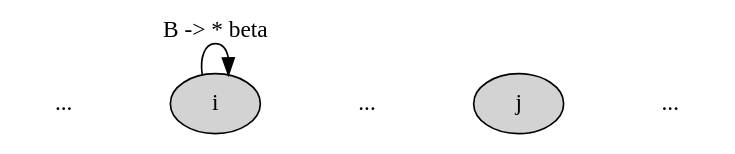
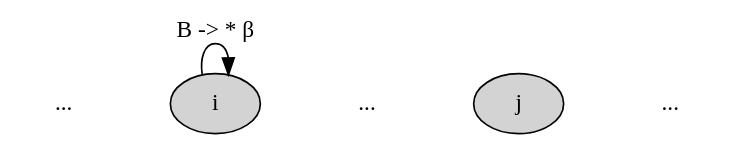
Before and after one commit to nltk/nltk_book: the diagram in images/chart_bu_predict2.dot, drawn with Graphviz. The commit also changed 1 other file, not shown here.

```diff
--- a/images/chart_bu_predict2.dot
+++ b/images/chart_bu_predict2.dot
@@ -1,26 +1,26 @@
 digraph x {
    rankdir=LR;
    
    /* The nodes */
    {
        node [style=filled, color=black, fillcolor=lightgray];
        1 [label="i"];
        2 [label="j"];
    }
 
    /* The sentence */
    {
        edge [style=invis, weight=100];
        node [shape=plaintext];
        dots1->1->dots2->2->dots3;
        dots1 [label="..."];
        dots2 [label="..."];
        dots3 [label="..."];
    }
    
    /* Edges */
    {
-       1->1 [label="B -> * beta"];
+       1->1 [label="B -> * &beta;"];
    }
 
 }
```
